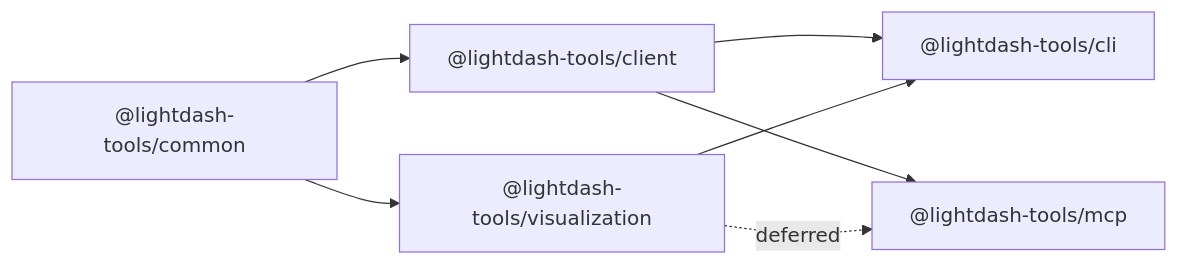
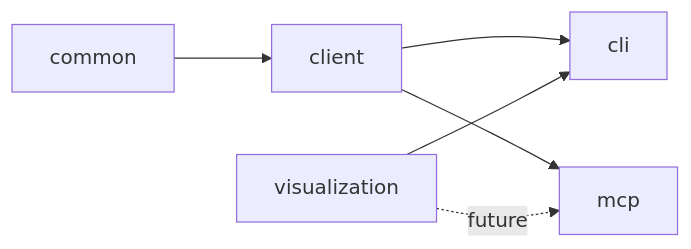
One commit to yu-iskw/lightdash-tools changed the second of 3 diagrams in docs/rfc-visualization-platform.md. Above: the diagram before and after it, drawn with Mermaid. The commit also changed other lines of this file and 42 other files, not shown here.

First line of the commit message:
feat(visualization): add LVS package, CLI viz commands, and MVP RFC

````diff
--- a/docs/rfc-visualization-platform.md
+++ b/docs/rfc-visualization-platform.md
@@ -118,15 +96,14 @@
 ```mermaid
 flowchart LR
-    Common["@lightdash-tools/common"]
-    Client["@lightdash-tools/client"]
-    Viz["@lightdash-tools/visualization"]
-    CLI["@lightdash-tools/cli"]
-    MCP["@lightdash-tools/mcp"]
+  Common["common"]
+  Client["client"]
+  Viz["visualization"]
+  CLI["cli"]
+  MCP["mcp"]
 
-    Common --> Client
-    Common --> Viz
-    Client --> CLI
-    Viz --> CLI
-    Client --> MCP
-    Viz -.->|deferred| MCP
+  Common --> Client
+  Client --> CLI
+  Viz --> CLI
+  Client --> MCP
+  Viz -.->|future| MCP
 ```
````
